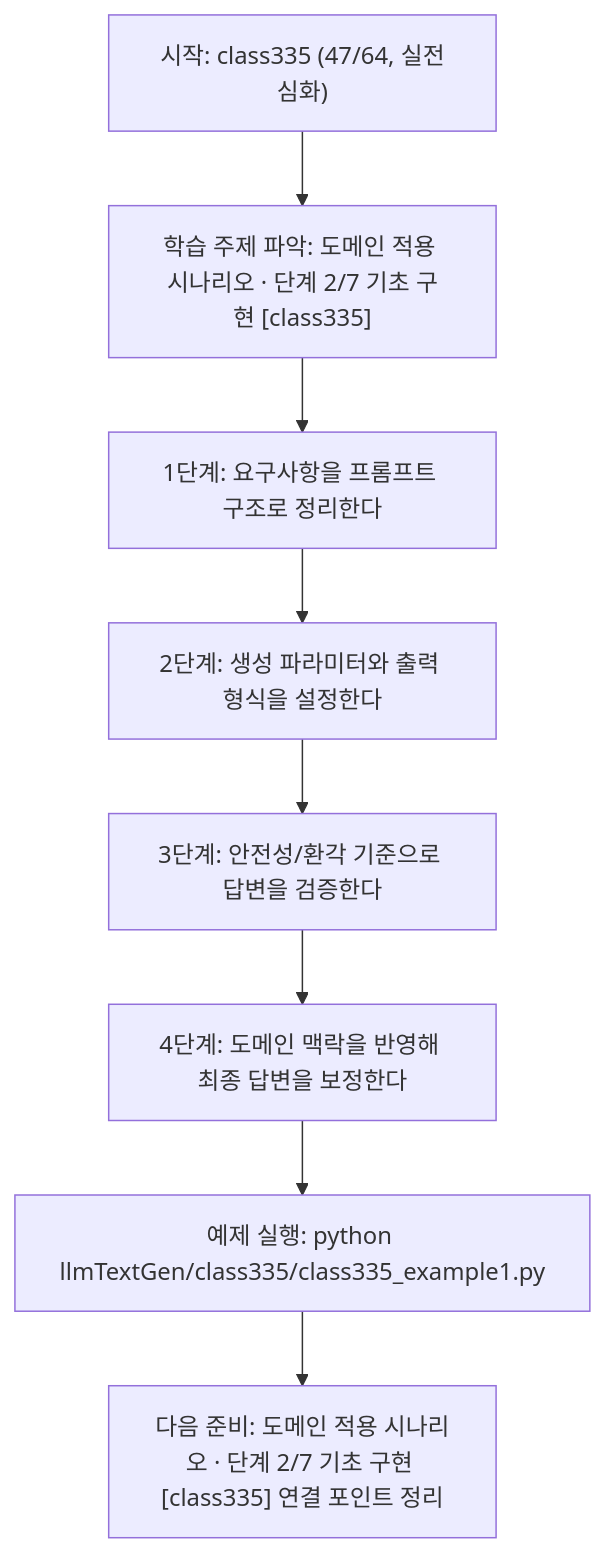
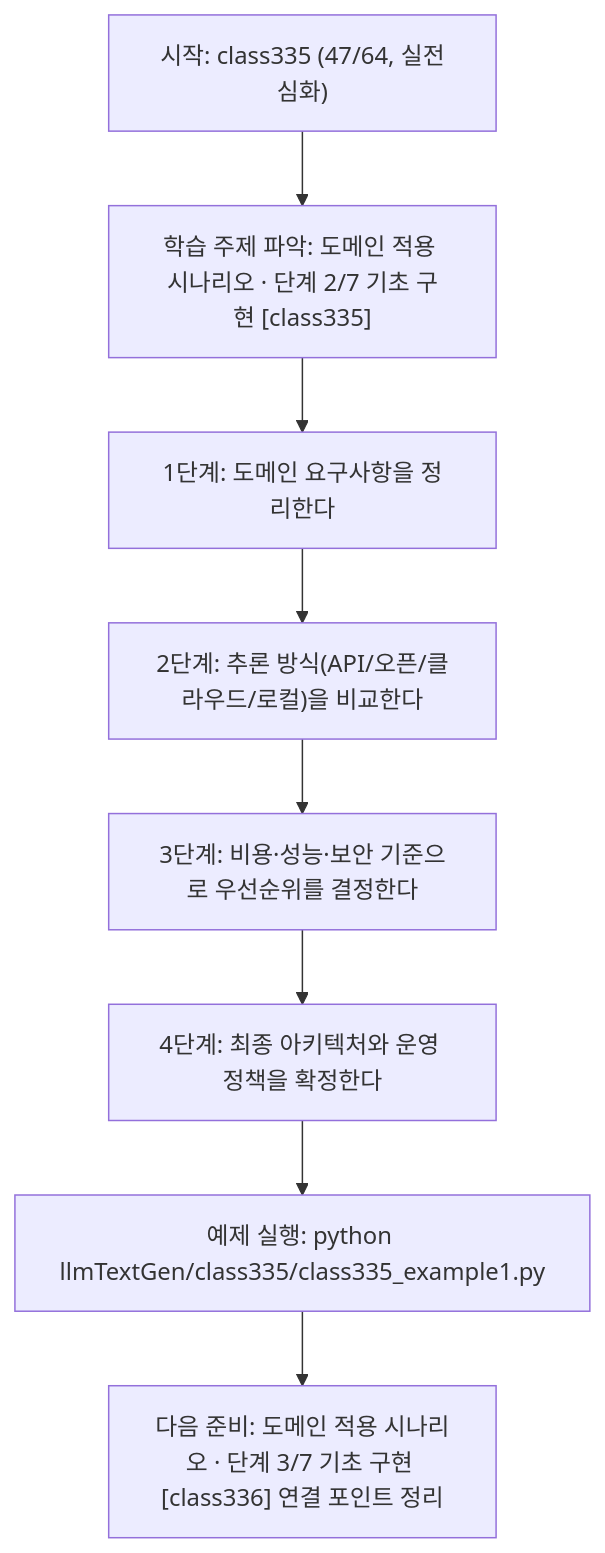
One commit to edumgt/Python-AI_Agent-Class changed the diagram in llmTextGen/class335/class335.md. Above: the diagram before and after it, drawn with Mermaid. The commit also changed other lines of this file and 451 other files, not shown here.

````diff
--- a/llmTextGen/class335/class335.md
+++ b/llmTextGen/class335/class335.md
@@ -114,18 +95,18 @@
 ```mermaid
 flowchart TD
 N1["시작: class335 (47/64, 실전심화)"]
 N2["학습 주제 파악: 도메인 적용 시나리오 · 단계 2/7 기초 구현 [class335]"]
-N3["1단계: 요구사항을 프롬프트 구조로 정리한다"]
-N4["2단계: 생성 파라미터와 출력 형식을 설정한다"]
-N5["3단계: 안전성/환각 기준으로 답변을 검증한다"]
-N6["4단계: 도메인 맥락을 반영해 최종 답변을 보정한다"]
+N3["1단계: 도메인 요구사항을 정리한다"]
+N4["2단계: 추론 방식(API/오픈/클라우드/로컬)을 비교한다"]
+N5["3단계: 비용·성능·보안 기준으로 우선순위를 결정한다"]
+N6["4단계: 최종 아키텍처와 운영 정책을 확정한다"]
 N7["예제 실행: python llmTextGen/class335/class335_example1.py"]
-N8["다음 준비: 도메인 적용 시나리오 · 단계 2/7 기초 구현 [class335] 연결 포인트 정리"]
+N8["다음 준비: 도메인 적용 시나리오 · 단계 3/7 기초 구현 [class336] 연결 포인트 정리"]
 N1 --> N2
 N2 --> N3
 N3 --> N4
 N4 --> N5
 N5 --> N6
 N6 --> N7
 N7 --> N8
 ```
````
